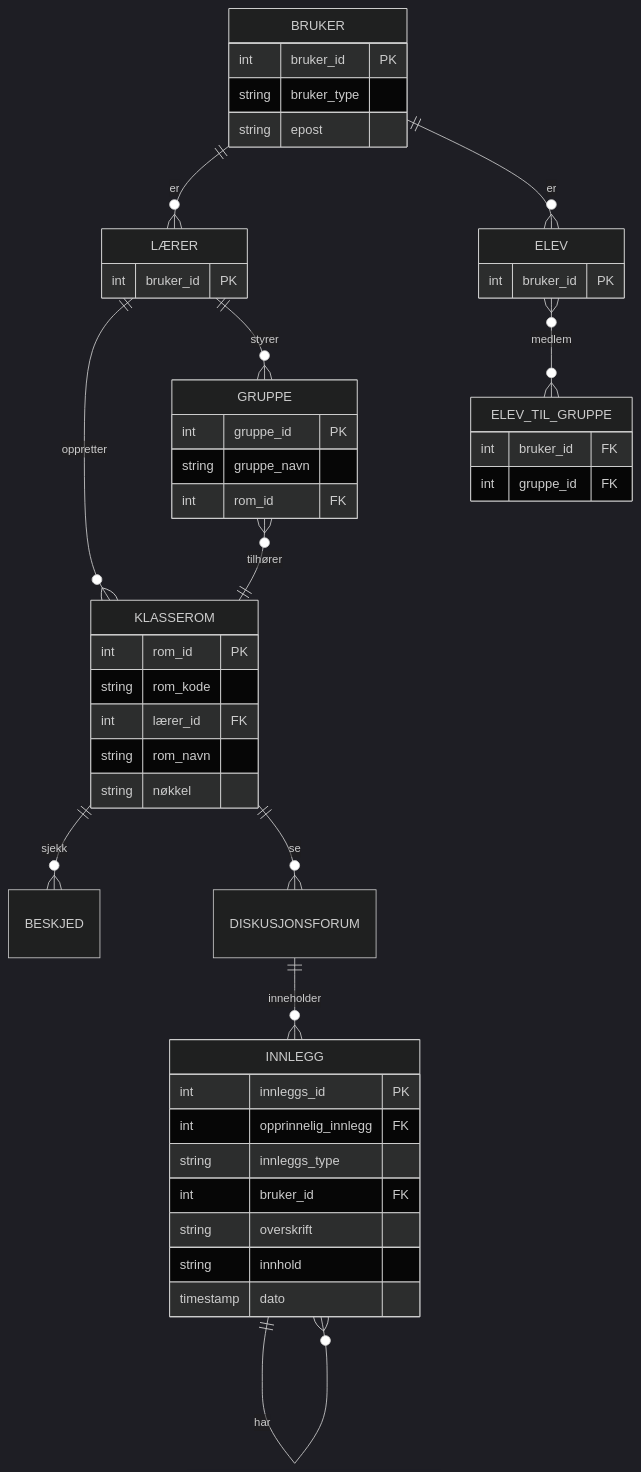
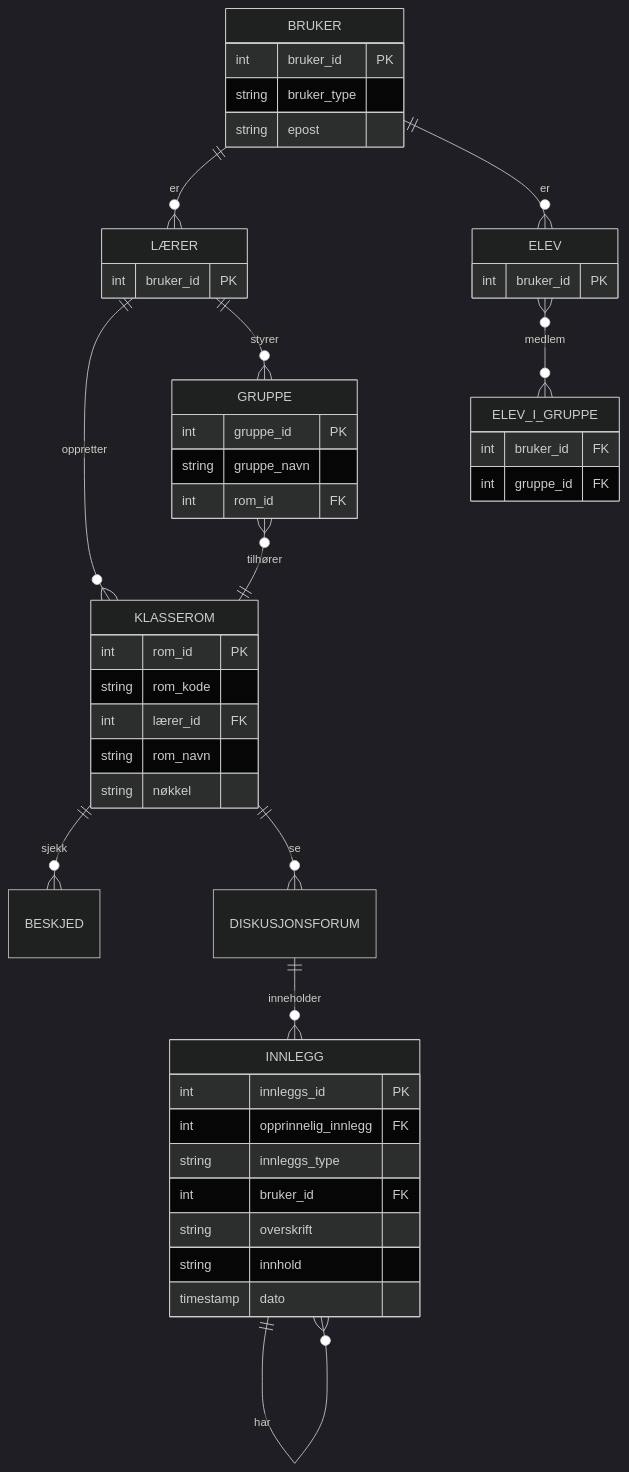
One commit to programmerBredC/data1500-oving-04 changed the second of 2 diagrams in OPPGAVE.md. Above: the diagram before and after it, drawn with Mermaid (dark theme). The commit also changed other lines of this file, not shown here.

````diff
--- a/OPPGAVE.md
+++ b/OPPGAVE.md
@@ -49,49 +49,49 @@
 ```mermaid
 erDiagram
 BRUKER {
     int bruker_id PK
     string bruker_type
     string epost
     }
     BRUKER ||--o{ LÆRER : "er"
     BRUKER ||--o{ ELEV : "er"
 ELEV {
     int bruker_id PK
 }
 LÆRER {
     int bruker_id PK
 }
 KLASSEROM {
     int rom_id PK
     string rom_kode
     int lærer_id FK
     string rom_navn
     string nøkkel
 }
 GRUPPE {
     int gruppe_id PK
     string gruppe_navn
     int rom_id FK
 }
-ELEV_TIL_GRUPPE {
+ELEV_I_GRUPPE {
     int bruker_id FK
     int gruppe_id FK
 }
-    ELEV }o--o{ ELEV_TIL_GRUPPE : "medlem"
+    ELEV }o--o{ ELEV_I_GRUPPE : "medlem"
     GRUPPE }o--|| KLASSEROM : "tilhører"
     LÆRER ||--o{ KLASSEROM : "oppretter"
     LÆRER ||--o{ GRUPPE : "styrer"
     KLASSEROM ||--o{ BESKJED : "sjekk"
     KLASSEROM ||--o{ DISKUSJONSFORUM : "se"
     DISKUSJONSFORUM ||--o{ INNLEGG : "inneholder"
 INNLEGG {
     int innleggs_id PK
     int opprinnelig_innlegg FK
     string innleggs_type
     int bruker_id FK
     string overskrift
     string innhold
     timestamp dato
 }
     INNLEGG ||--o{ INNLEGG : har
 ```
````
